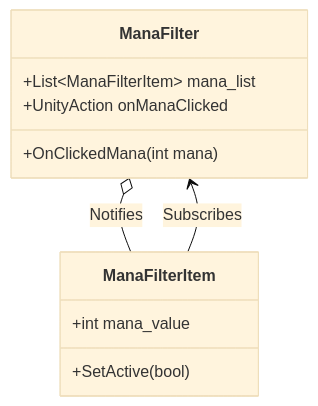
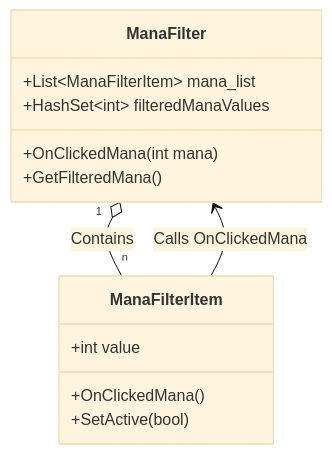
The fifth of 9 diagrams in README.md (rosaa9979/CardArchive), drawn with Mermaid (base theme) before and after one commit. The commit also changed other lines of this file, not shown here.

````diff
--- a/README.md
+++ b/README.md
@@ -181,15 +181,17 @@
 ```mermaid
 classDiagram
     class ManaFilter {
         +List~ManaFilterItem~ mana_list
-        +UnityAction onManaClicked
+        +HashSet~int~ filteredManaValues
         +OnClickedMana(int mana)
+        +GetFilteredMana()
     }
     class ManaFilterItem {
-        +int mana_value
+        +int value
+        +OnClickedMana()
         +SetActive(bool)
     }
-    
-    ManaFilter o-- ManaFilterItem : Notifies
-    ManaFilterItem --> ManaFilter : Subscribes
+
+    ManaFilter "1" o-- "n" ManaFilterItem : Contains
+    ManaFilterItem --> ManaFilter : Calls OnClickedMana
 ```
````
